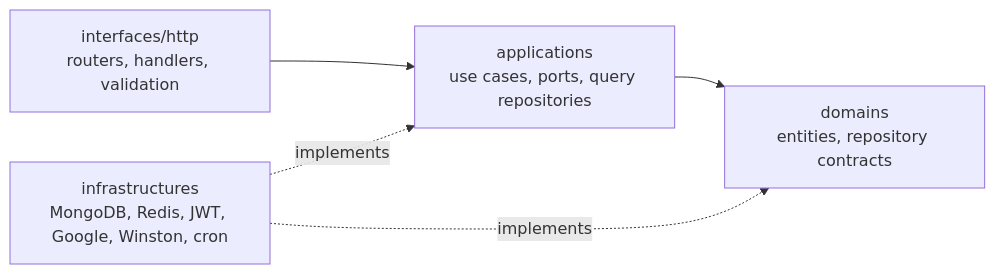
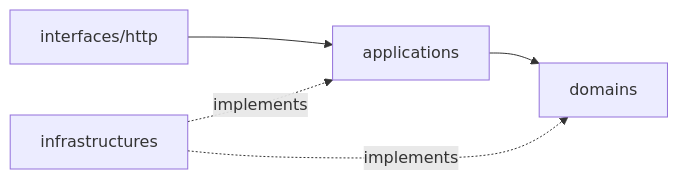
Before and after one commit to ricky-kiva/wrx-derdiedas-be: the diagram in README.md, drawn with Mermaid. The commit also changed other lines of this file, not shown here.

````diff
--- a/README.md
+++ b/README.md
@@ -81,7 +84,7 @@
 ```mermaid
 flowchart LR
-  interfaces["interfaces/http<br/>routers, handlers, validation"] --> applications["applications<br/>use cases, ports, query repositories"]
-  applications --> domains["domains<br/>entities, repository contracts"]
-  infrastructures["infrastructures<br/>MongoDB, Redis, JWT, Google, Winston, cron"] -. implements .-> applications
+  interfaces["interfaces/http"] --> applications["applications"]
+  applications --> domains["domains"]
+  infrastructures["infrastructures"] -. implements .-> applications
   infrastructures -. implements .-> domains
 ```
````
